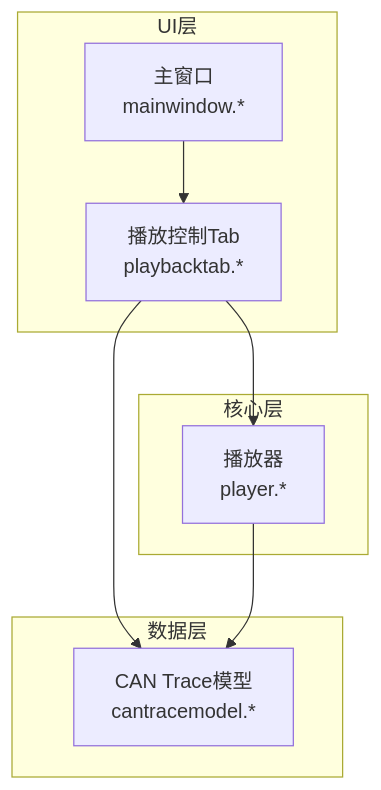
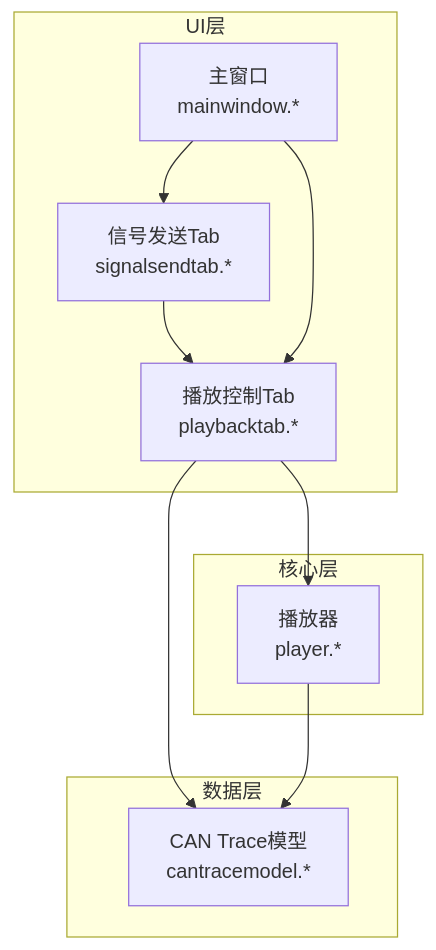
The first of 6 diagrams in .qoder/repowiki/zh/content/架构设计/UI系统设计/播放控制Tab组件.md (jakecai1225-design/OpenBus), drawn with Mermaid before and after one commit. The commit also changed other lines of this file and 59 other files, not shown here.

````diff
--- a/.qoder/repowiki/zh/content/架构设计/UI系统设计/播放控制Tab组件.md
+++ b/.qoder/repowiki/zh/content/架构设计/UI系统设计/播放控制Tab组件.md
@@ -36,17 +46,20 @@
 ```mermaid
 graph TB
 subgraph "UI层"
 PlaybackTab["播放控制Tab<br/>playbacktab.*"]
+SignalSendTab["信号发送Tab<br/>signalsendtab.*"]
 MainWindow["主窗口<br/>mainwindow.*"]
 end
 subgraph "核心层"
 Player["播放器<br/>player.*"]
 end
 subgraph "数据层"
 TraceModel["CAN Trace模型<br/>cantracemodel.*"]
 end
 PlaybackTab --> Player
 PlaybackTab --> TraceModel
+SignalSendTab --> PlaybackTab
 MainWindow --> PlaybackTab
+MainWindow --> SignalSendTab
 Player --> TraceModel
 ```
````
